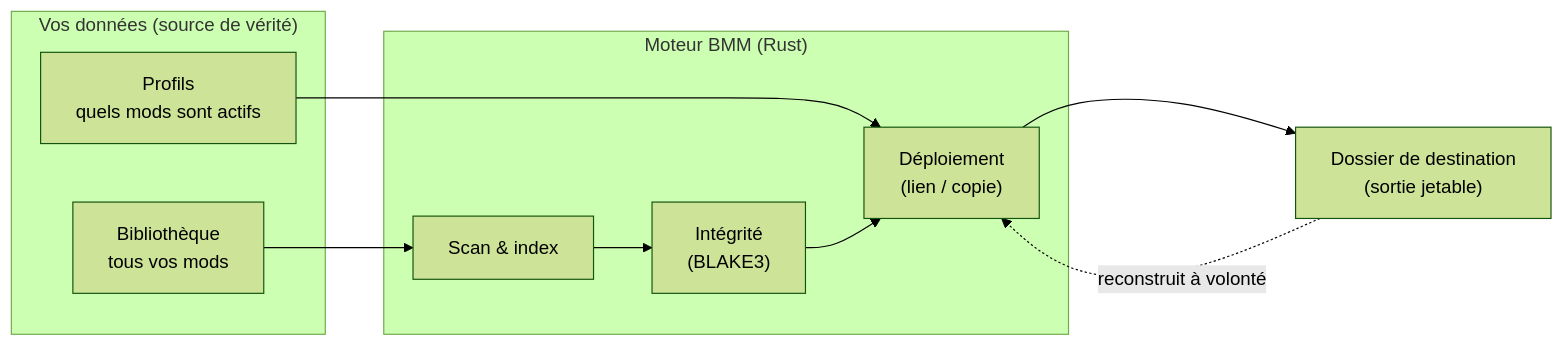
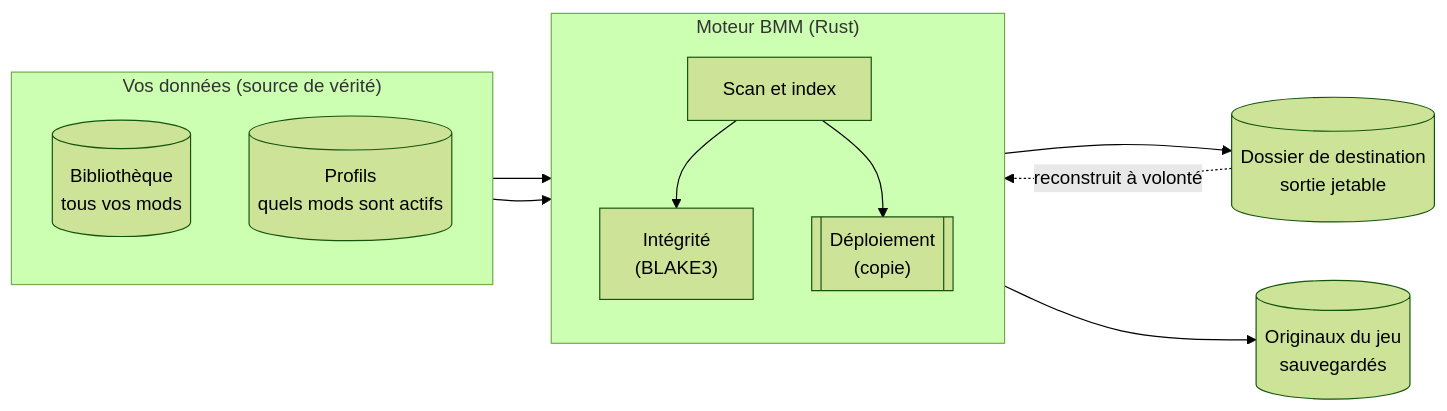
Before and after one commit to FreeProject089/BetterModsManager: the diagram in frontend/assets/docs/fr/how-it-works/index.md, drawn with Mermaid (forest theme). The commit also changed 176 other files, not shown here.

````diff
--- a/frontend/assets/docs/fr/how-it-works/index.md
+++ b/frontend/assets/docs/fr/how-it-works/index.md
@@ -18,18 +18,22 @@
 ```mermaid
 flowchart LR
-    subgraph Yours["Vos données (source de vérité)"]
-        LIB["Bibliothèque<br/>tous vos mods"]
-        PROF["Profils<br/>quels mods sont actifs"]
+    subgraph YOURS["Vos données (source de vérité)"]
+        direction TB
+        LIB[("Bibliothèque<br/>tous vos mods")]
+        PROF[("Profils<br/>quels mods sont actifs")]
     end
-    subgraph Engine["Moteur BMM (Rust)"]
-        SCAN["Scan &amp; index"]
+    subgraph ENGINE["Moteur BMM (Rust)"]
+        direction TB
+        SCAN["Scan et index"]
         HASH["Intégrité<br/>(BLAKE3)"]
-        DEPLOY["Déploiement<br/>(lien / copie)"]
+        DEPLOY[["Déploiement<br/>(copie)"]]
     end
-    GAME["Dossier de destination<br/>(sortie jetable)"]
-
+    GAME[("Dossier de destination<br/>sortie jetable")]
+    BAK[("Originaux du jeu<br/>sauvegardés")]
     LIB --> SCAN --> HASH
+    SCAN --> DEPLOY
     PROF --> DEPLOY
-    HASH --> DEPLOY --> GAME
+    DEPLOY --> GAME
+    DEPLOY --> BAK
     GAME -. "reconstruit à volonté" .-> DEPLOY
 ```
````
